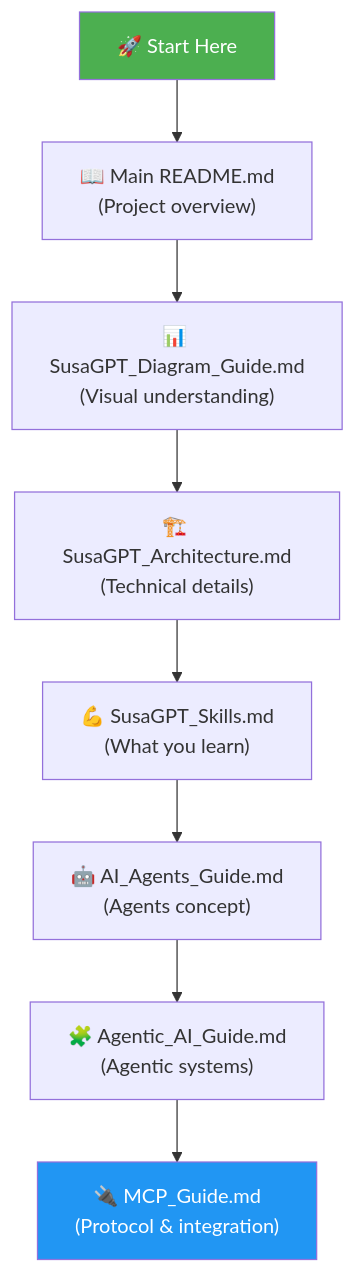
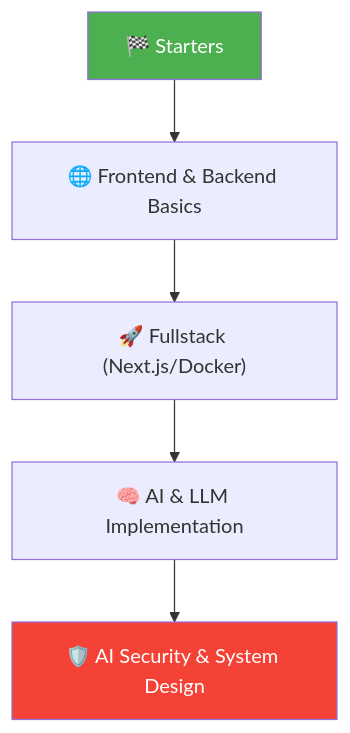
One commit to Sameer-Malik20/SusaGPT-Build-LLM-From-Scratch-With-Hinglish-Learning-Material changed the second of 2 diagrams in docs/README.md. Above: the diagram before and after it, drawn with Mermaid. The commit also changed other lines of this file and 34 other files, not shown here.

````diff
--- a/docs/README.md
+++ b/docs/README.md
@@ -42,13 +44,10 @@
 ```mermaid
 flowchart TD
-    START["🚀 Start Here"] --> R["📖 Main README.md\n(Project overview)"]
-    R --> SD["📊 SusaGPT_Diagram_Guide.md\n(Visual understanding)"]
-    SD --> SA["🏗️ SusaGPT_Architecture.md\n(Technical details)"]
-    SA --> SS["💪 SusaGPT_Skills.md\n(What you learn)"]
-    SS --> AI["🤖 AI_Agents_Guide.md\n(Agents concept)"]
-    AI --> AAG["🧩 Agentic_AI_Guide.md\n(Agentic systems)"]
-    AAG --> MCP["🔌 MCP_Guide.md\n(Protocol & integration)"]
+    START["🏁 Starters"] --> WEB["🌐 Frontend & Backend Basics"]
+    WEB --> FS["🚀 Fullstack (Next.js/Docker)"]
+    FS --> AI["🧠 AI & LLM Implementation"]
+    AI --> SEC["🛡️ AI Security & System Design"]
 
     style START fill:#4CAF50,color:#fff
-    style MCP fill:#2196F3,color:#fff
+    style SEC fill:#F44336,color:#fff
 ```
````
